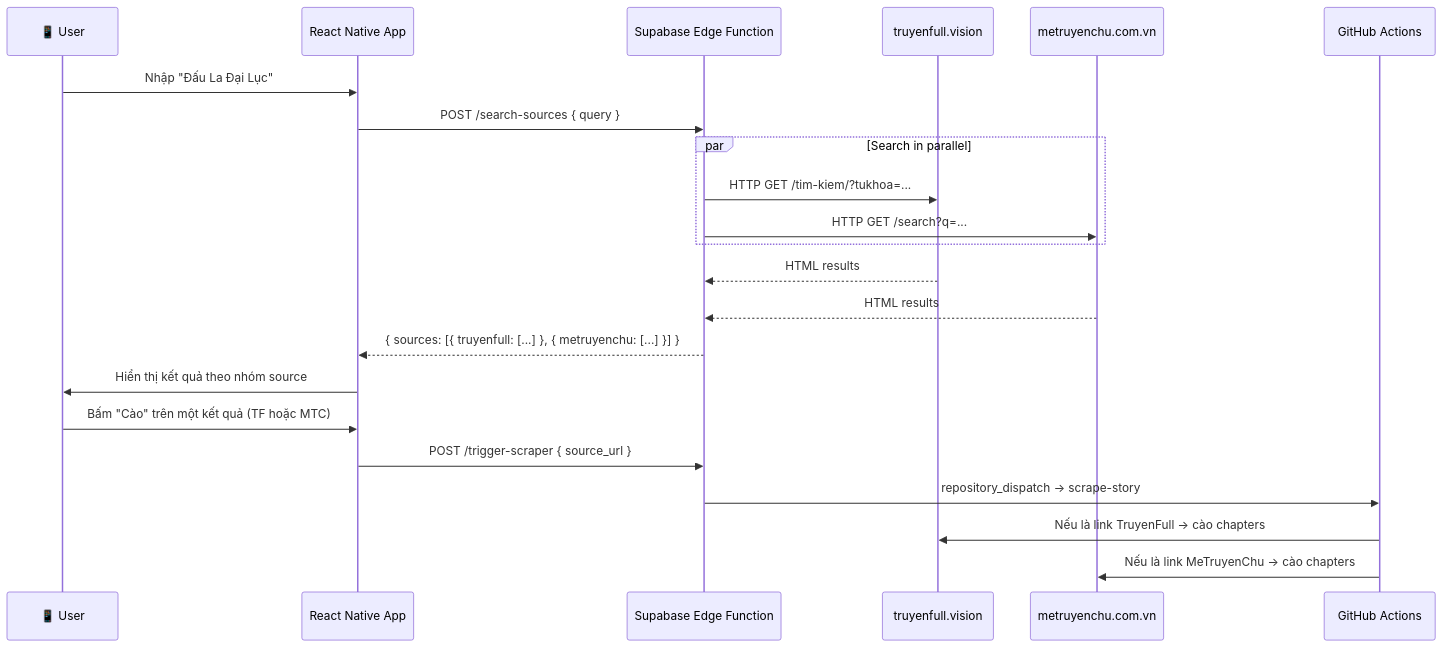
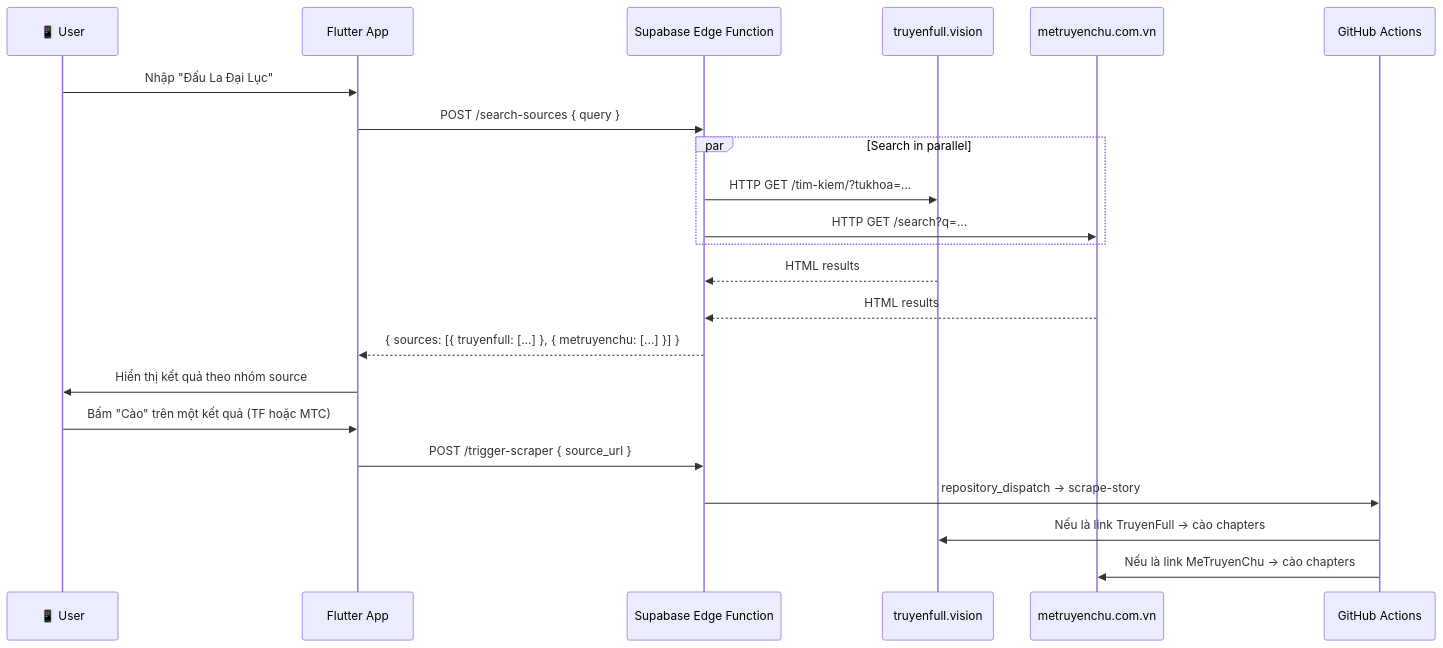
The second of 2 diagrams in CONTEXT.md (BinhTHB/reader-hub), drawn with Mermaid before and after one commit. The commit also changed other lines of this file, not shown here.

````diff
--- a/CONTEXT.md
+++ b/CONTEXT.md
@@ -64,25 +64,25 @@
 ```mermaid
 sequenceDiagram
     participant User as 📱 User
-    participant App as React Native App
+    participant App as Flutter App
     participant EF as Supabase Edge Function
     participant TF as truyenfull.vision
     participant MTC as metruyenchu.com.vn
     participant GA as GitHub Actions
 
     User->>App: Nhập "Đấu La Đại Lục"
     App->>EF: POST /search-sources { query }
     par Search in parallel
         EF->>TF: HTTP GET /tim-kiem/?tukhoa=...
         EF->>MTC: HTTP GET /search?q=...
     end
     TF-->>EF: HTML results
     MTC-->>EF: HTML results
     EF-->>App: { sources: [{ truyenfull: [...] }, { metruyenchu: [...] }] }
     App->>User: Hiển thị kết quả theo nhóm source
     User->>App: Bấm "Cào" trên một kết quả (TF hoặc MTC)
     App->>EF: POST /trigger-scraper { source_url }
     EF->>GA: repository_dispatch → scrape-story
     GA->>TF: Nếu là link TruyenFull → cào chapters
     GA->>MTC: Nếu là link MeTruyenChu → cào chapters
 ```
````
